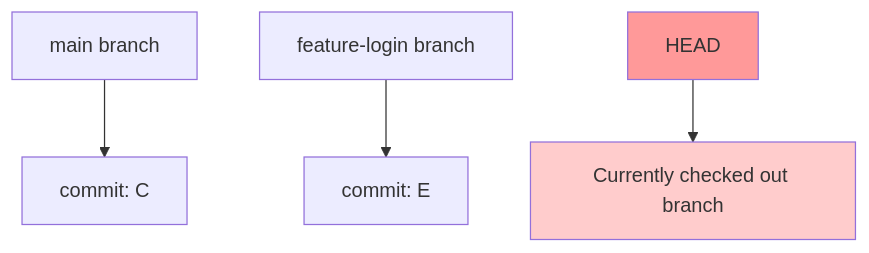
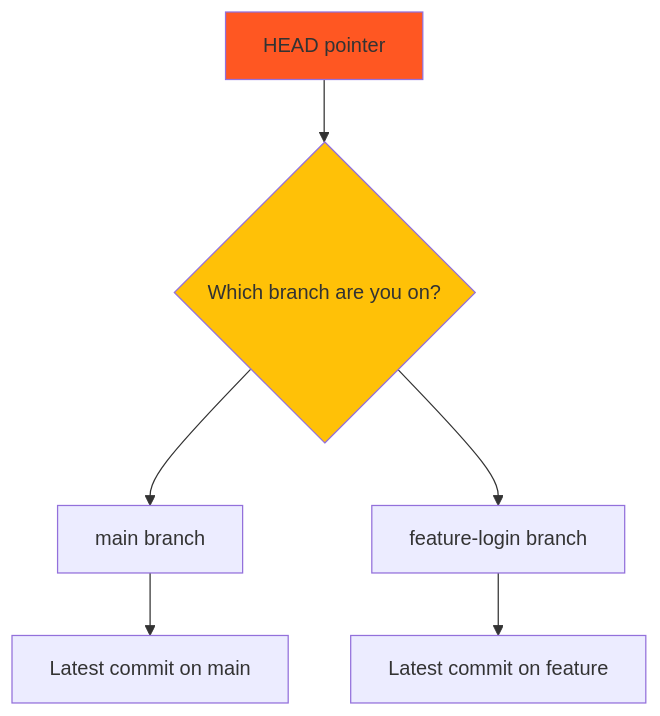
The third of 13 diagrams in 01 - Git/07 - Branches.md (blackmaskexe/github-foundations), drawn with Mermaid before and after one commit. The commit also changed other lines of this file, not shown here.

Commit message:
replace gitgraph with mermaid

````diff
--- a/01 - Git/07 - Branches.md
+++ b/01 - Git/07 - Branches.md
@@ -125,9 +100,11 @@
 ```mermaid
-flowchart TD
-    A[main branch] --> B[commit: C]
-    C[feature-login branch] --> D[commit: E]
-    E[HEAD] --> F[Currently checked out branch]
+graph TD
+    A[main branch] --> B[Latest commit on main]
+    C[feature-login branch] --> D[Latest commit on feature]
+    E[HEAD pointer] --> F{Which branch are you on?}
+    F --> A
+    F --> C
 
-    style E fill:#ff9999
-    style F fill:#ffcccc
+    style E fill:#ff5722
+    style F fill:#ffc107
 ```
````
